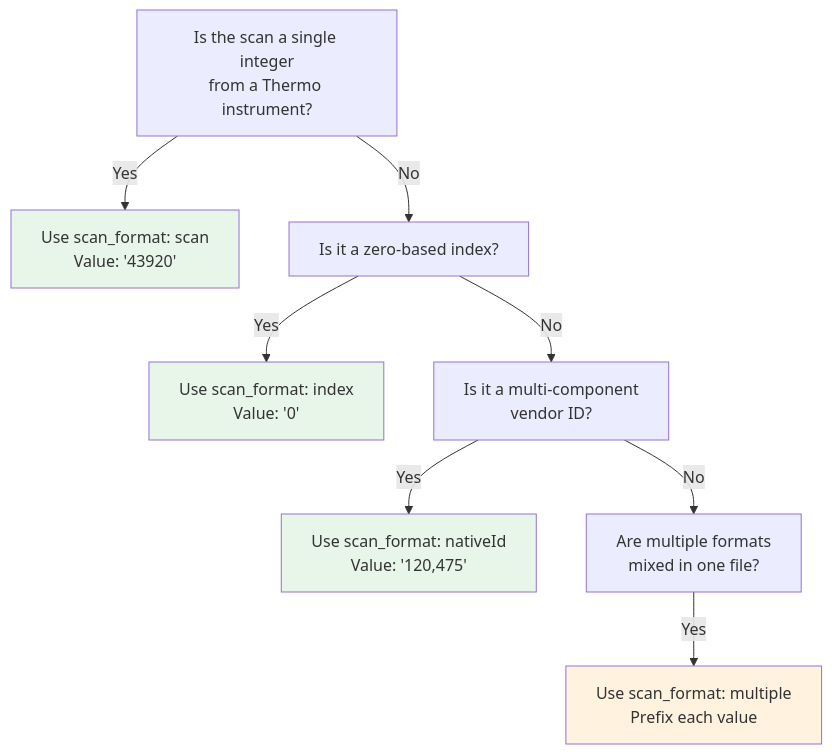
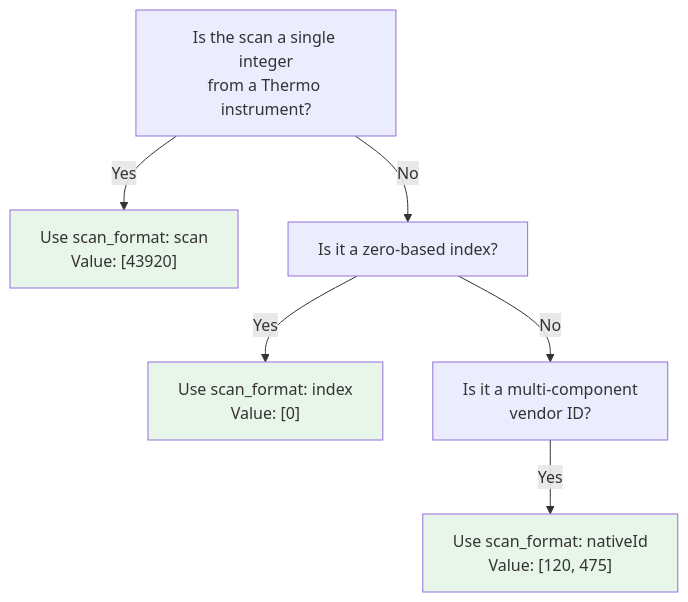
One commit to yueqixuan/quantms.io changed the diagram in docs/spec/scan.md. Above: the diagram before and after it, drawn with Mermaid. The commit also changed other lines of this file and 333 other files, not shown here.

````diff
--- a/docs/spec/scan.md
+++ b/docs/spec/scan.md
@@ -73,15 +63,12 @@
 ```mermaid
 flowchart TD
-    A["Is the scan a single integer<br/>from a Thermo instrument?"] -->|Yes| B["Use scan_format: scan<br/>Value: '43920'"]
+    A["Is the scan a single integer<br/>from a Thermo instrument?"] -->|Yes| B["Use scan_format: scan<br/>Value: [43920]"]
     A -->|No| C["Is it a zero-based index?"]
-    C -->|Yes| D["Use scan_format: index<br/>Value: '0'"]
+    C -->|Yes| D["Use scan_format: index<br/>Value: [0]"]
     C -->|No| E["Is it a multi-component<br/>vendor ID?"]
-    E -->|Yes| F["Use scan_format: nativeId<br/>Value: '120,475'"]
-    E -->|No| G["Are multiple formats<br/>mixed in one file?"]
-    G -->|Yes| H["Use scan_format: multiple<br/>Prefix each value"]
+    E -->|Yes| F["Use scan_format: nativeId<br/>Value: [120, 475]"]
 
     style B fill:#e8f5e9
     style D fill:#e8f5e9
     style F fill:#e8f5e9
-    style H fill:#fff3e0
 ```
````
